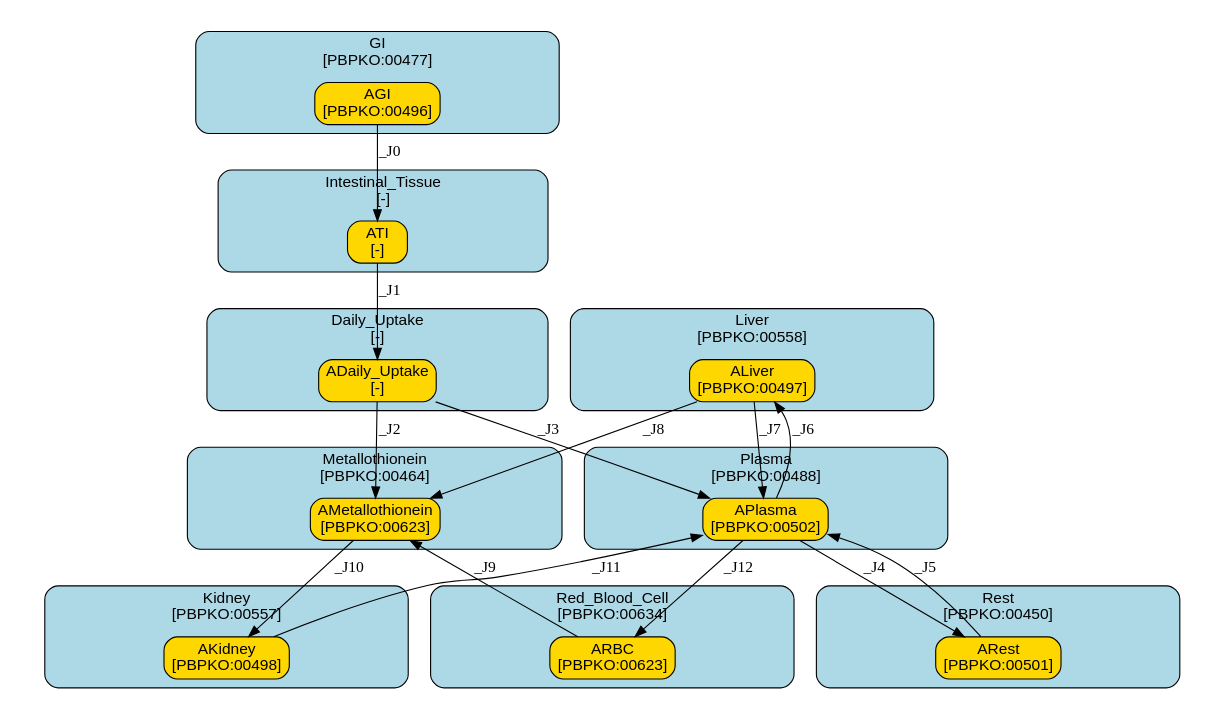
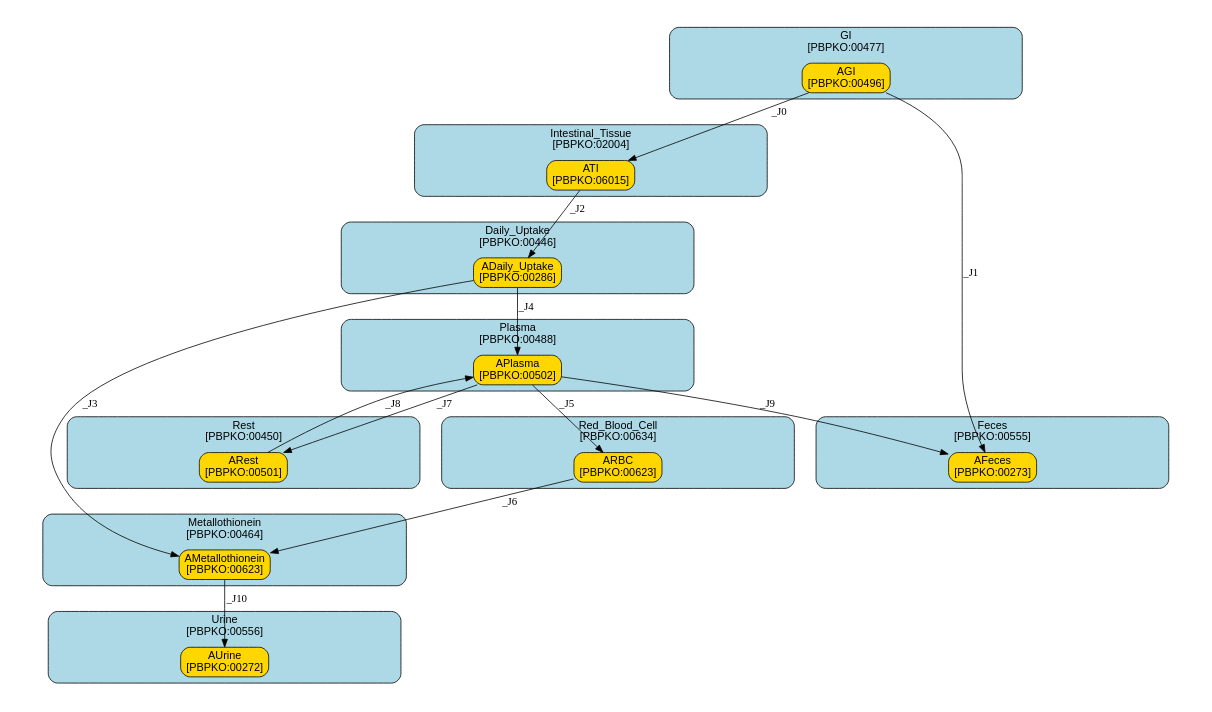
Before and after one commit to fair-pbk/exposure-route-pbk-models: the diagram in models/oral/Heavy Metals/Pouillot2022/summary.dot, drawn with Graphviz. The commit also changed 174 other files, not shown here.

```diff
--- a/models/oral/Heavy Metals/Pouillot2022/summary.dot
+++ b/models/oral/Heavy Metals/Pouillot2022/summary.dot
@@ -1,182 +1,180 @@
 digraph {
 	graph [ratio=fill,
 		size="7,4"
 	];
 	node [fontname=Arial];
 	subgraph cluster_GI {
 		graph [color=black,
 			fillcolor=lightblue,
 			fontname=Arial,
 			href="#compartment-GI",
 			label="GI
 [PBPKO:00477]",
 			shape=box,
 			style="filled,rounded"
 		];
 		AGI	[color=black,
 			fillcolor=gold,
 			href="#species-AGI",
 			label="AGI
 [PBPKO:00496]",
 			shape=box,
 			style="filled,rounded"];
 	}
 	subgraph cluster_Intestinal_Tissue {
 		graph [color=black,
 			fillcolor=lightblue,
 			fontname=Arial,
 			href="#compartment-Intestinal_Tissue",
 			label="Intestinal_Tissue
-[-]",
+[PBPKO:02004]",
 			shape=box,
 			style="filled,rounded"
 		];
 		ATI	[color=black,
 			fillcolor=gold,
 			href="#species-ATI",
 			label="ATI
-[-]",
-			shape=box,
-			style="filled,rounded"];
-	}
-	subgraph cluster_Liver {
-		graph [color=black,
-			fillcolor=lightblue,
-			fontname=Arial,
-			href="#compartment-Liver",
-			label="Liver
-[PBPKO:00558]",
-			shape=box,
-			style="filled,rounded"
-		];
-		ALiver	[color=black,
-			fillcolor=gold,
-			href="#species-ALiver",
-			label="ALiver
-[PBPKO:00497]",
-			shape=box,
-			style="filled,rounded"];
-	}
-	subgraph cluster_Kidney {
-		graph [color=black,
-			fillcolor=lightblue,
-			fontname=Arial,
-			href="#compartment-Kidney",
-			label="Kidney
-[PBPKO:00557]",
-			shape=box,
-			style="filled,rounded"
-		];
-		AKidney	[color=black,
-			fillcolor=gold,
-			href="#species-AKidney",
-			label="AKidney
-[PBPKO:00498]",
+[PBPKO:06015]",
 			shape=box,
 			style="filled,rounded"];
 	}
 	subgraph cluster_Plasma {
 		graph [color=black,
 			fillcolor=lightblue,
 			fontname=Arial,
 			href="#compartment-Plasma",
 			label="Plasma
 [PBPKO:00488]",
 			shape=box,
 			style="filled,rounded"
 		];
 		APlasma	[color=black,
 			fillcolor=gold,
 			href="#species-APlasma",
 			label="APlasma
 [PBPKO:00502]",
 			shape=box,
 			style="filled,rounded"];
 	}
 	subgraph cluster_Red_Blood_Cell {
 		graph [color=black,
 			fillcolor=lightblue,
 			fontname=Arial,
 			href="#compartment-Red_Blood_Cell",
 			label="Red_Blood_Cell
 [PBPKO:00634]",
 			shape=box,
 			style="filled,rounded"
 		];
 		ARBC	[color=black,
 			fillcolor=gold,
 			href="#species-ARBC",
 			label="ARBC
 [PBPKO:00623]",
 			shape=box,
 			style="filled,rounded"];
 	}
 	subgraph cluster_Metallothionein {
 		graph [color=black,
 			fillcolor=lightblue,
 			fontname=Arial,
 			href="#compartment-Metallothionein",
 			label="Metallothionein
 [PBPKO:00464]",
 			shape=box,
 			style="filled,rounded"
 		];
 		AMetallothionein	[color=black,
 			fillcolor=gold,
 			href="#species-AMetallothionein",
 			label="AMetallothionein
 [PBPKO:00623]",
 			shape=box,
 			style="filled,rounded"];
 	}
 	subgraph cluster_Rest {
 		graph [color=black,
 			fillcolor=lightblue,
 			fontname=Arial,
 			href="#compartment-Rest",
 			label="Rest
 [PBPKO:00450]",
 			shape=box,
 			style="filled,rounded"
 		];
 		ARest	[color=black,
 			fillcolor=gold,
 			href="#species-ARest",
 			label="ARest
 [PBPKO:00501]",
 			shape=box,
 			style="filled,rounded"];
 	}
 	subgraph cluster_Daily_Uptake {
 		graph [color=black,
 			fillcolor=lightblue,
 			fontname=Arial,
 			href="#compartment-Daily_Uptake",
 			label="Daily_Uptake
-[-]",
+[PBPKO:00446]",
 			shape=box,
 			style="filled,rounded"
 		];
 		ADaily_Uptake	[color=black,
 			fillcolor=gold,
 			href="#species-ADaily_Uptake",
 			label="ADaily_Uptake
-[-]",
+[PBPKO:00286]",
 			shape=box,
 			style="filled,rounded"];
 	}
-	AGI -> ATI	[label=_J0,
+	subgraph cluster_Feces {
+		graph [color=black,
+			fillcolor=lightblue,
+			fontname=Arial,
+			href="#compartment-Feces",
+			label="Feces
+[PBPKO:00555]",
+			shape=box,
+			style="filled,rounded"
+		];
+		AFeces	[color=black,
+			fillcolor=gold,
+			href="#species-AFeces",
+			label="AFeces
+[PBPKO:00273]",
+			shape=box,
+			style="filled,rounded"];
+	}
+	subgraph cluster_Urine {
+		graph [color=black,
+			fillcolor=lightblue,
+			fontname=Arial,
+			href="#compartment-Urine",
+			label="Urine
+[PBPKO:00556]",
+			shape=box,
+			style="filled,rounded"
+		];
+		AUrine	[color=black,
+			fillcolor=gold,
+			href="#species-AUrine",
+			label="AUrine
+[PBPKO:00272]",
+			shape=box,
+			style="filled,rounded"];
+	}
+	AGI -> ATI	[label=_J0];
+	AGI -> AFeces	[label=_J1];
+	ATI -> ADaily_Uptake	[label=_J2];
+	APlasma -> ARBC	[label=_J5];
+	APlasma -> ARest	[label=_J7];
+	APlasma -> AFeces	[label=_J9];
+	ARBC -> AMetallothionein	[label=_J6];
+	AMetallothionein -> AUrine	[label=_J10,
 		minlen=1];
-	ATI -> ADaily_Uptake	[label=_J1];
-	ALiver -> APlasma	[label=_J7];
-	ALiver -> AMetallothionein	[label=_J8];
-	AKidney -> APlasma	[label=_J11];
-	APlasma -> ALiver	[label=_J6];
-	APlasma -> ARBC	[label=_J12];
-	APlasma -> ARest	[label=_J4];
-	ARBC -> AMetallothionein	[label=_J9];
-	AMetallothionein -> AKidney	[label=_J10];
-	ARest -> APlasma	[label=_J5];
-	ADaily_Uptake -> APlasma	[label=_J3];
-	ADaily_Uptake -> AMetallothionein	[label=_J2];
+	ARest -> APlasma	[label=_J8];
+	ADaily_Uptake -> APlasma	[label=_J4];
+	ADaily_Uptake -> AMetallothionein	[label=_J3];
 }
```
